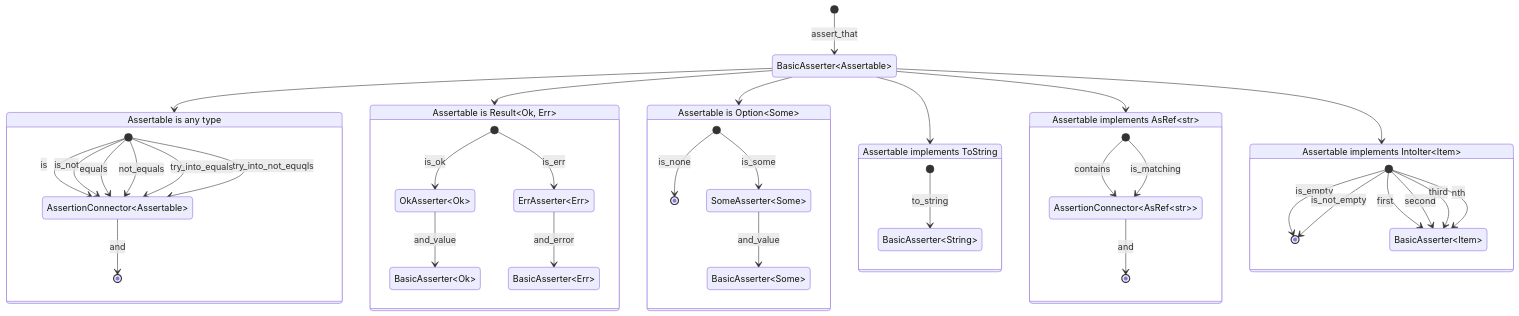
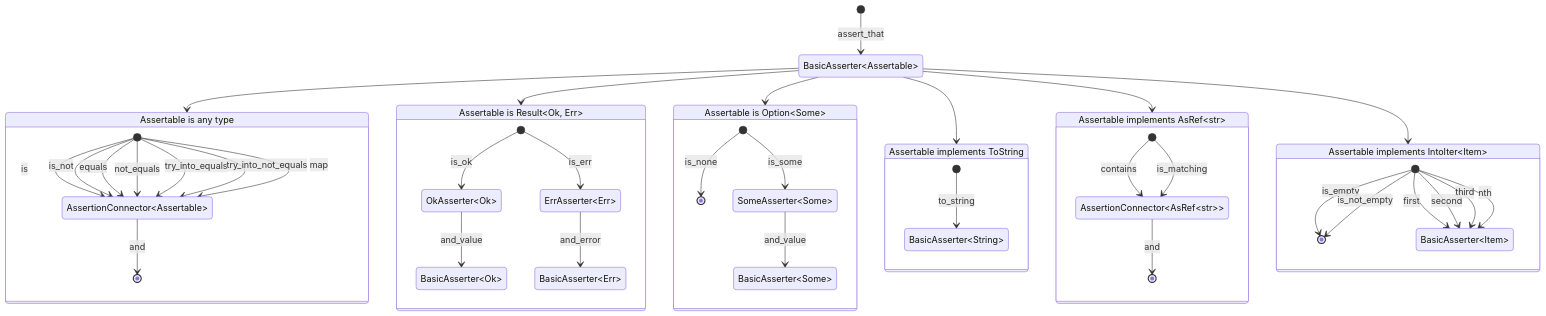
Before and after one commit to open-schnick/Smoothy: the diagram in README.md, drawn with Mermaid.

Commit message:
docs: add 'map' to structural overview and fix typo

````diff
--- a/README.md
+++ b/README.md
@@ -112,46 +112,47 @@
 ```mermaid
 stateDiagram-v2
     [*] --> BasicAsserter&ltAssertable&gt : assert_that
     BasicAsserter&ltAssertable&gt --> Anything
     state "Assertable is any type" as Anything {
         [*] --> AssertionConnector&ltAssertable&gt : is
         [*] --> AssertionConnector&ltAssertable&gt : is_not
         [*] --> AssertionConnector&ltAssertable&gt : equals
         [*] --> AssertionConnector&ltAssertable&gt : not_equals
         [*] --> AssertionConnector&ltAssertable&gt : try_into_equals
-        [*] --> AssertionConnector&ltAssertable&gt : try_into_not_equqls
+        [*] --> AssertionConnector&ltAssertable&gt : try_into_not_equals
+        [*] --> AssertionConnector&ltAssertable&gt : map
         AssertionConnector&ltAssertable&gt --> [*] : and
     }
     BasicAsserter&ltAssertable&gt --> Result
     state "Assertable is Result&ltOk, Err&gt" as Result {
         [*] --> OkAsserter&ltOk&gt : is_ok
         OkAsserter&ltOk&gt --> BasicAsserter&ltOk&gt : and_value
         [*] --> ErrAsserter&ltErr&gt : is_err
         ErrAsserter&ltErr&gt --> BasicAsserter&ltErr&gt : and_error
     }
     BasicAsserter&ltAssertable&gt --> Option
     state "Assertable is Option&ltSome&gt" as Option {
         [*] --> [*] : is_none
         [*] --> SomeAsserter&ltSome&gt : is_some
         SomeAsserter&ltSome&gt --> BasicAsserter&ltSome&gt : and_value
     }
     BasicAsserter&ltAssertable&gt --> ImplString
     state "Assertable implements ToString" as ImplString {
         [*] --> BasicAsserter&ltString&gt : to_string
     }
     BasicAsserter&ltAssertable&gt --> ImplAsRefStr
     state "Assertable implements AsRef&ltstr&gt" as ImplAsRefStr {
         [*] --> AssertionConnector&ltAsRef&ltstr&gt&gt : contains
         [*] --> AssertionConnector&ltAsRef&ltstr&gt&gt : is_matching
         AssertionConnector&ltAsRef&ltstr&gt&gt --> [*] : and
     }
     BasicAsserter&ltAssertable&gt --> ImplIntoIter
     state "Assertable implements IntoIter&ltItem&gt" as ImplIntoIter {
         [*] --> [*] : is_empty
         [*] --> [*] : is_not_empty
         [*] --> BasicAsserter&ltItem&gt: first
         [*] --> BasicAsserter&ltItem&gt: second
         [*] --> BasicAsserter&ltItem&gt: third
         [*] --> BasicAsserter&ltItem&gt: nth
     }
 ```
````
